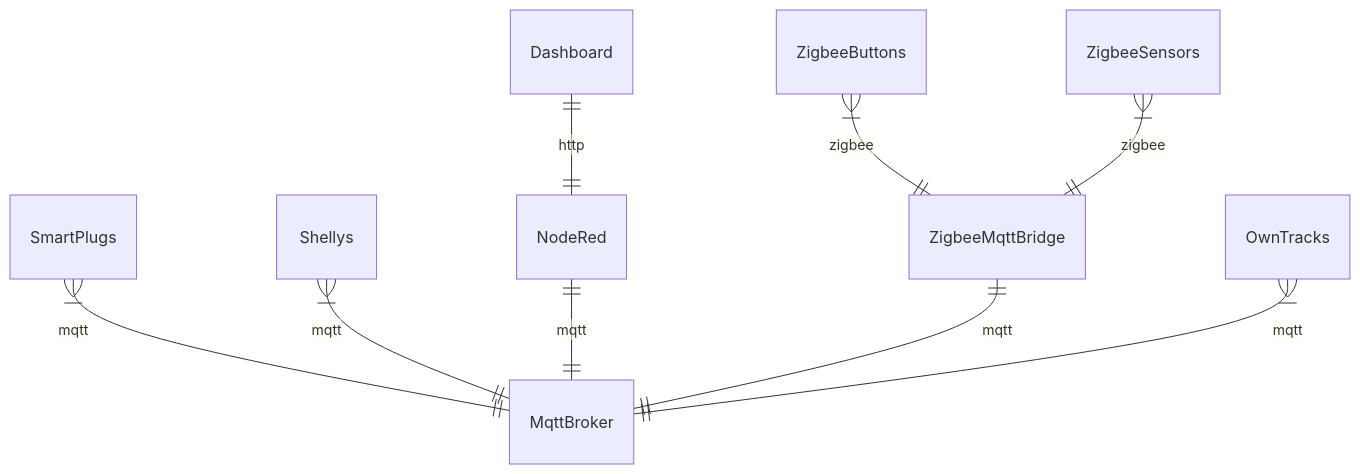
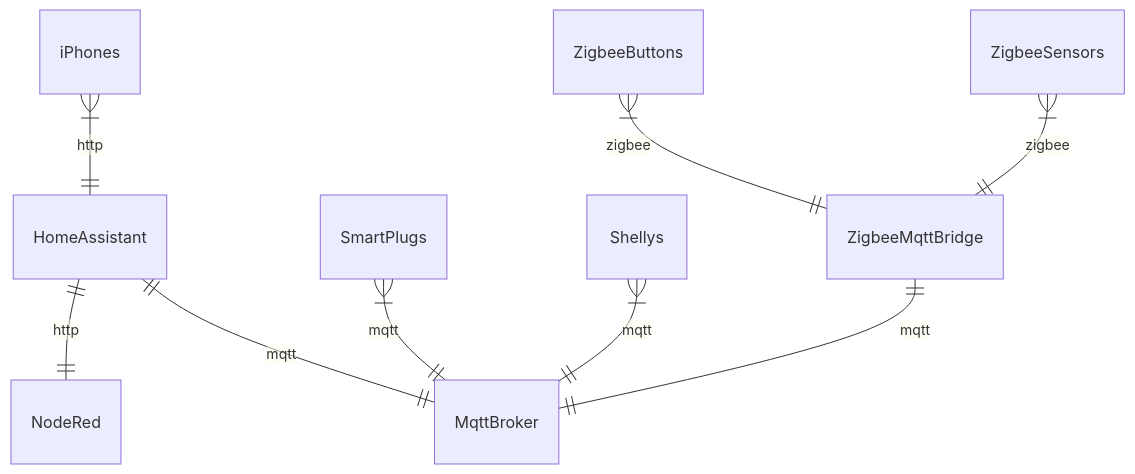
One commit to kevindurb/homelab changed the diagram in diagrams/home_automation.mmd. Above: the diagram before and after it, drawn with Mermaid. The commit also changed 2 other files, not shown here.

Commit message:
add home assistant

```diff
--- a/diagrams/home_automation.mmd
+++ b/diagrams/home_automation.mmd
@@ -1,12 +1,11 @@
 erDiagram
+  iPhones }|--|| HomeAssistant : http
+  HomeAssistant ||--|| NodeRed : http
+
+  HomeAssistant ||--|| MqttBroker : mqtt
   SmartPlugs }|--|| MqttBroker : mqtt
   Shellys }|--|| MqttBroker : mqtt
-  NodeRed ||--|| MqttBroker : mqtt
 
-  ZigbeeMqttBridge ||--|| MqttBroker: mqtt
+  ZigbeeMqttBridge ||--|| MqttBroker : mqtt
   ZigbeeButtons }|--|| ZigbeeMqttBridge : zigbee
   ZigbeeSensors }|--|| ZigbeeMqttBridge : zigbee
-
-  OwnTracks }|--|| MqttBroker : mqtt
-
-  Dashboard ||--|| NodeRed : http
```
